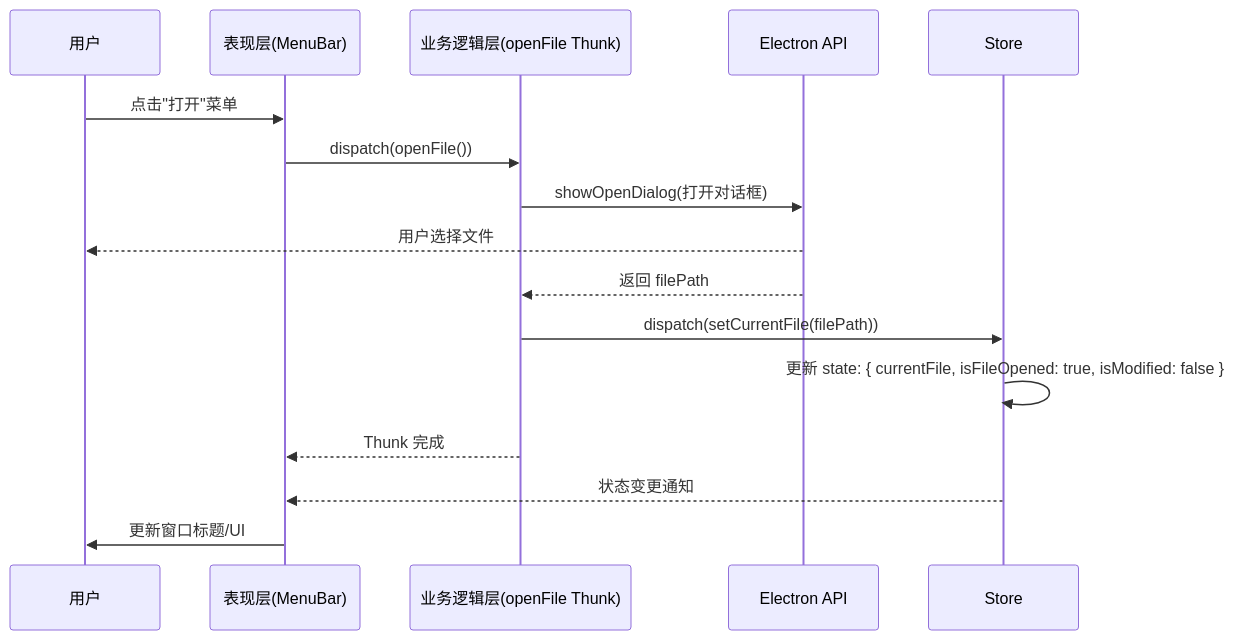
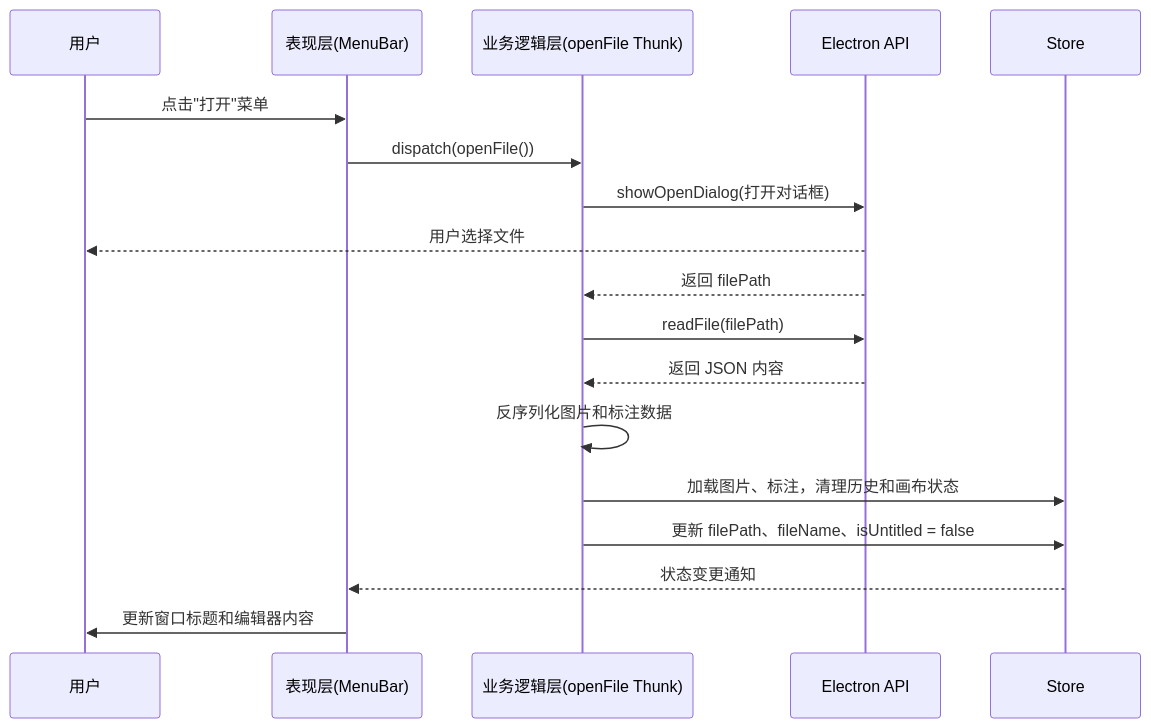
The second of 4 diagrams in doc/技术设计/04-业务逻辑层.md (kampfer/trae-image-marker), drawn with Mermaid before and after one commit. The commit also changed other lines of this file and 9 other files, not shown here.

````diff
--- a/doc/技术设计/04-业务逻辑层.md
+++ b/doc/技术设计/04-业务逻辑层.md
@@ -330,19 +328,21 @@
 ```mermaid
 sequenceDiagram
     participant U as 用户
     participant UI as 表现层(MenuBar)
     participant CL as 业务逻辑层(openFile Thunk)
     participant EP as Electron API
     participant SL as Store
 
     U->>UI: 点击"打开"菜单
     UI->>CL: dispatch(openFile())
     CL->>EP: showOpenDialog(打开对话框)
     EP-->>U: 用户选择文件
     EP-->>CL: 返回 filePath
-    CL->>SL: dispatch(setCurrentFile(filePath))
-    SL->>SL: 更新 state: { currentFile, isFileOpened: true, isModified: false }
-    CL-->>UI: Thunk 完成
+    CL->>EP: readFile(filePath)
+    EP-->>CL: 返回 JSON 内容
+    CL->>CL: 反序列化图片和标注数据
+    CL->>SL: 加载图片、标注，清理历史和画布状态
+    CL->>SL: 更新 filePath、fileName、isUntitled = false
     SL-->>UI: 状态变更通知
-    UI->>U: 更新窗口标题/UI
+    UI->>U: 更新窗口标题和编辑器内容
 ```
````
